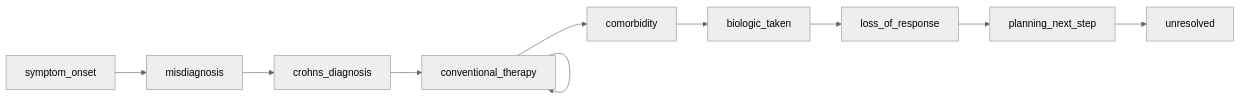
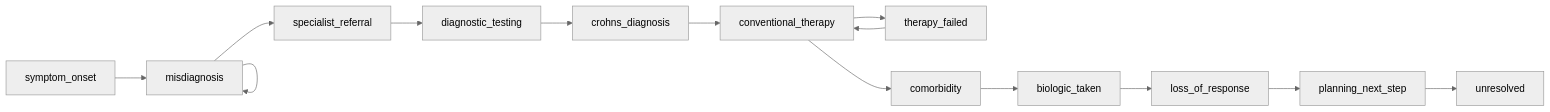
Diagram 37 of 50 in docs/referral_pathways.md (carecodeconnect/crohnicity), drawn with Mermaid before and after one commit. The commit also changed other lines of this file and 107 other files, not shown here.

````diff
--- a/docs/referral_pathways.md
+++ b/docs/referral_pathways.md
@@ -1296,22 +1349,29 @@
 ``` mermaid
 %%{init: {'theme':'neutral'}}%%
 flowchart LR
     n0["symptom_onset"]
     n1["misdiagnosis"]
-    n2["crohns_diagnosis"]
-    n3["conventional_therapy"]
-    n4["comorbidity"]
-    n5["biologic_taken"]
-    n6["loss_of_response"]
-    n7["planning_next_step"]
-    n8["unresolved"]
+    n2["specialist_referral"]
+    n3["diagnostic_testing"]
+    n4["crohns_diagnosis"]
+    n5["conventional_therapy"]
+    n6["therapy_failed"]
+    n7["comorbidity"]
+    n8["biologic_taken"]
+    n9["loss_of_response"]
+    n10["planning_next_step"]
+    n11["unresolved"]
     n0 -->n1
+    n1 -->n1
     n1 -->n2
     n2 -->n3
-    n3 -->n3
     n3 -->n4
     n4 -->n5
     n5 -->n6
-    n6 -->n7
+    n6 -->n5
+    n5 -->n7
     n7 -->n8
+    n8 -->n9
+    n9 -->n10
+    n10 -->n11
 ```
````
